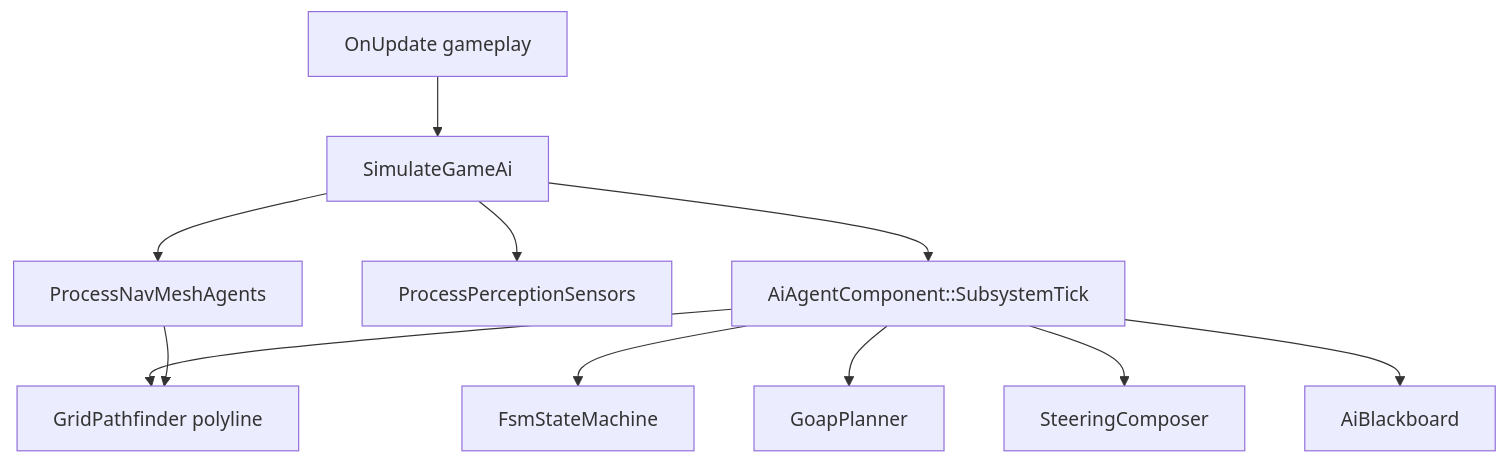
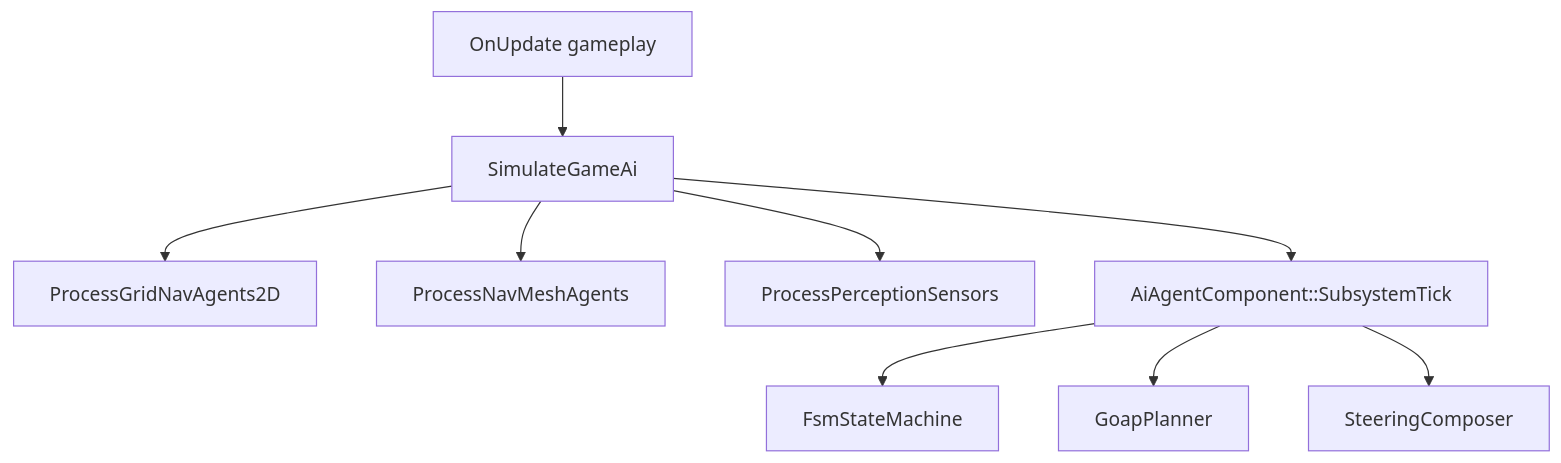
Before and after one commit to hoihky/spark: the diagram in docs/programming-guide/4-ai/01-ai-overview.md, drawn with Mermaid. The commit also changed other lines of this file and 232 other files, not shown here.

````diff
--- a/docs/programming-guide/4-ai/01-ai-overview.md
+++ b/docs/programming-guide/4-ai/01-ai-overview.md
@@ -5,13 +9,11 @@
 ```mermaid
 flowchart TB
     Update[OnUpdate gameplay] --> Sim[SimulateGameAi]
+    Sim --> Grid[ProcessGridNavAgents2D]
     Sim --> Nav[ProcessNavMeshAgents]
     Sim --> Perc[ProcessPerceptionSensors]
     Sim --> Agent[AiAgentComponent::SubsystemTick]
     Agent --> FSM[FsmStateMachine]
     Agent --> GOAP[GoapPlanner]
-    Agent --> Path[GridPathfinder polyline]
     Agent --> Steer[SteeringComposer]
-    Agent --> BB[AiBlackboard]
-    Nav --> Path
 ```
````
